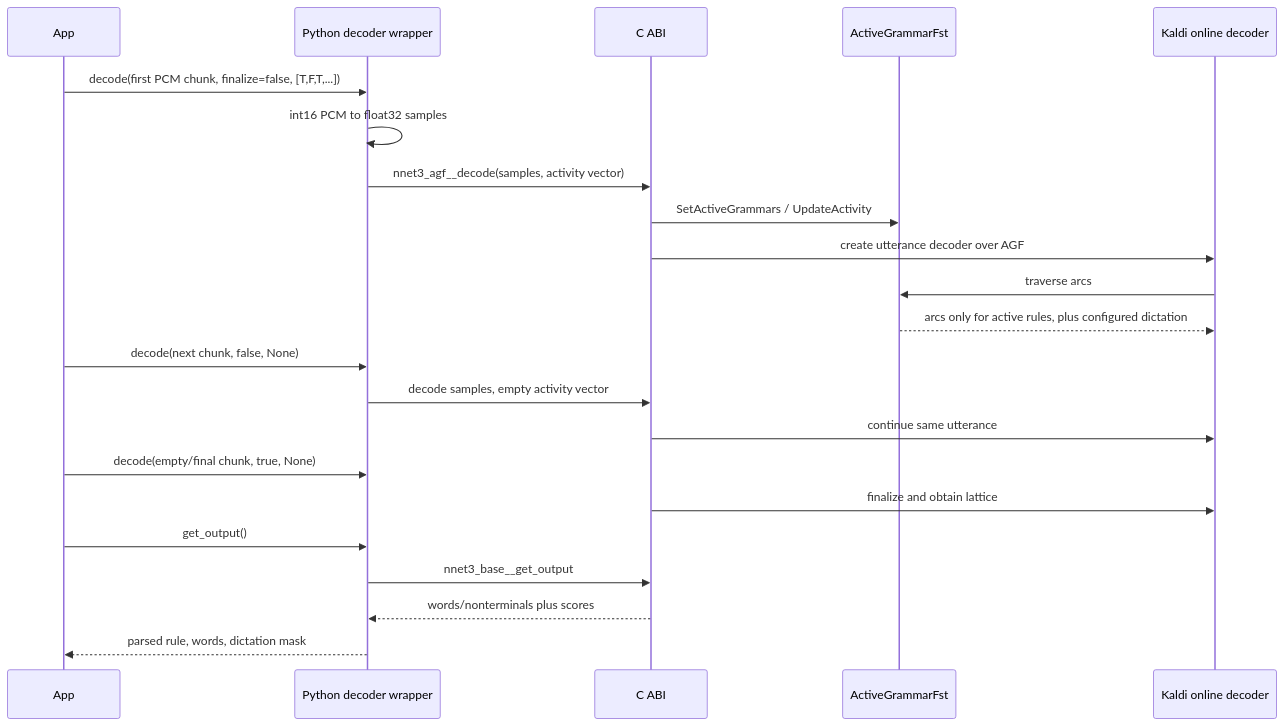
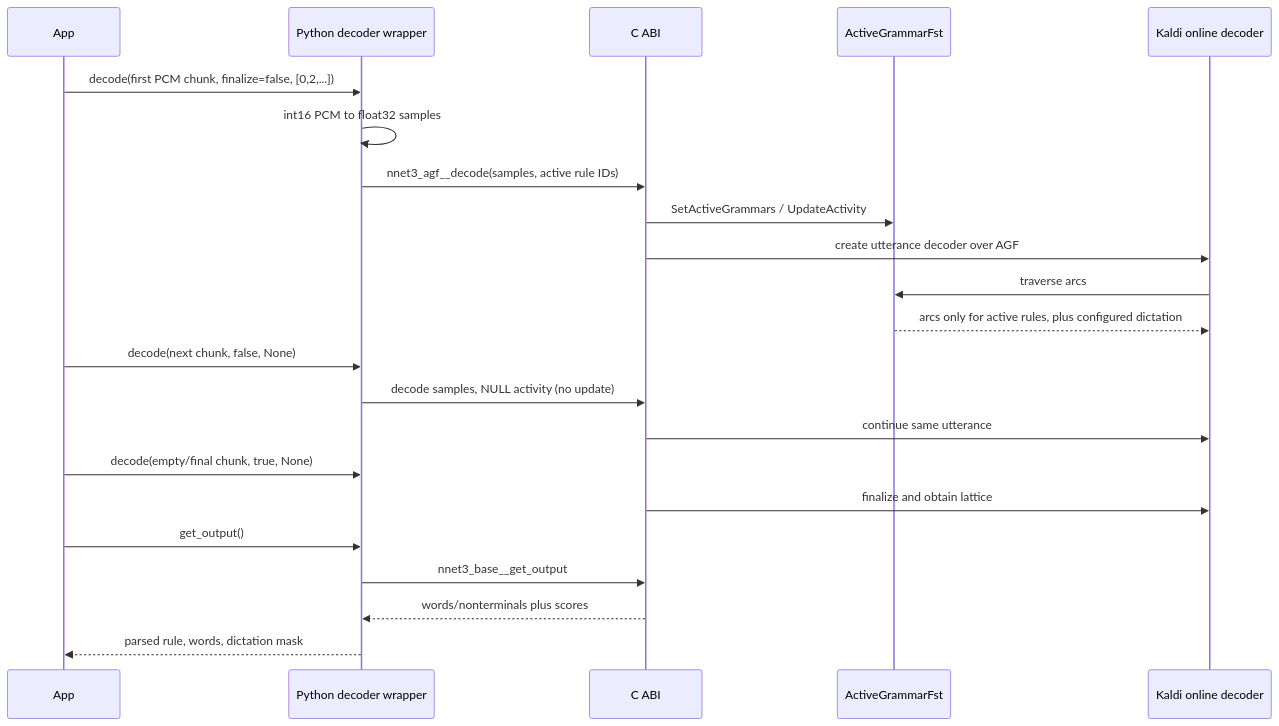
One commit to daanzu/kaldi-active-grammar changed the fourth of 4 diagrams in docs/kaldi-fork-architecture.md. Above: the diagram before and after it, drawn with Mermaid. The commit also changed other lines of this file and 8 other files, not shown here.

First line of the commit message:
wrapper.py: Replace activity masks with rule IDs

````diff
--- a/docs/kaldi-fork-architecture.md
+++ b/docs/kaldi-fork-architecture.md
@@ -226,25 +226,25 @@
 ```mermaid
 sequenceDiagram
     participant App
     participant Py as Python decoder wrapper
     participant C as C ABI
     participant AGF as ActiveGrammarFst
     participant D as Kaldi online decoder
 
-    App->>Py: decode(first PCM chunk, finalize=false, [T,F,T,...])
+    App->>Py: decode(first PCM chunk, finalize=false, [0,2,...])
     Py->>Py: int16 PCM to float32 samples
-    Py->>C: nnet3_agf__decode(samples, activity vector)
+    Py->>C: nnet3_agf__decode(samples, active rule IDs)
     C->>AGF: SetActiveGrammars / UpdateActivity
     C->>D: create utterance decoder over AGF
     D->>AGF: traverse arcs
     AGF-->>D: arcs only for active rules, plus configured dictation
     App->>Py: decode(next chunk, false, None)
-    Py->>C: decode samples, empty activity vector
+    Py->>C: decode samples, NULL activity (no update)
     C->>D: continue same utterance
     App->>Py: decode(empty/final chunk, true, None)
     C->>D: finalize and obtain lattice
     App->>Py: get_output()
     Py->>C: nnet3_base__get_output
     C-->>Py: words/nonterminals plus scores
     Py-->>App: parsed rule, words, dictation mask
 ```
````
